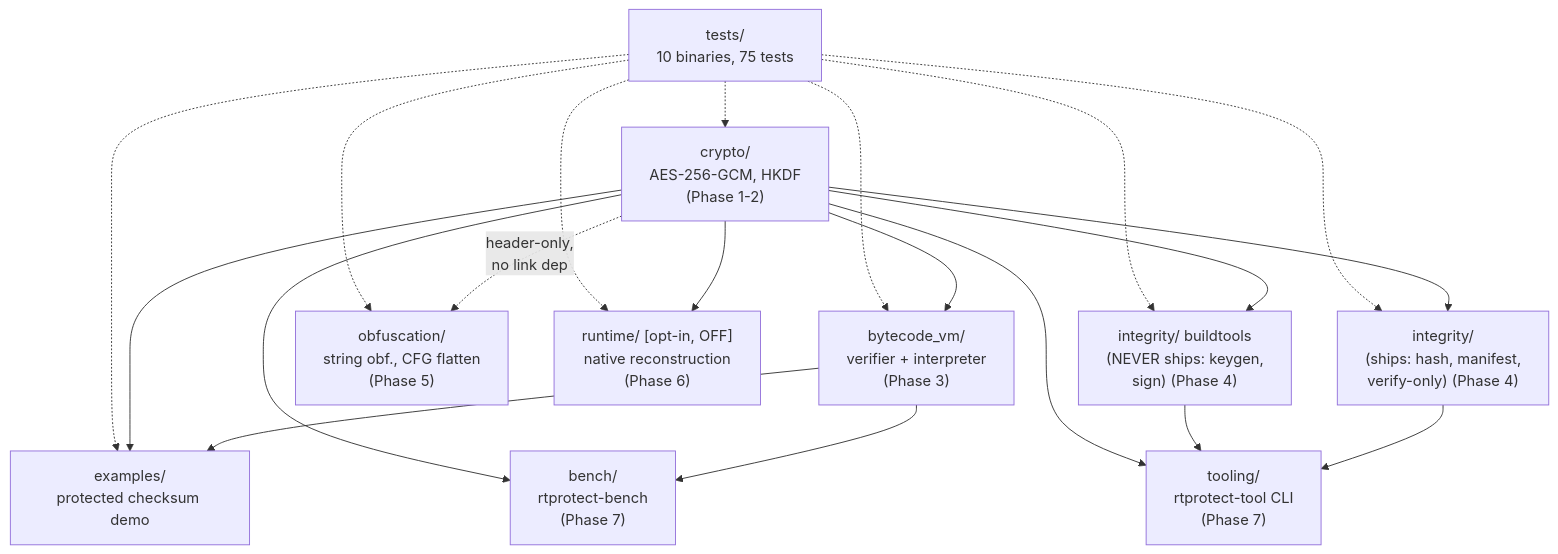
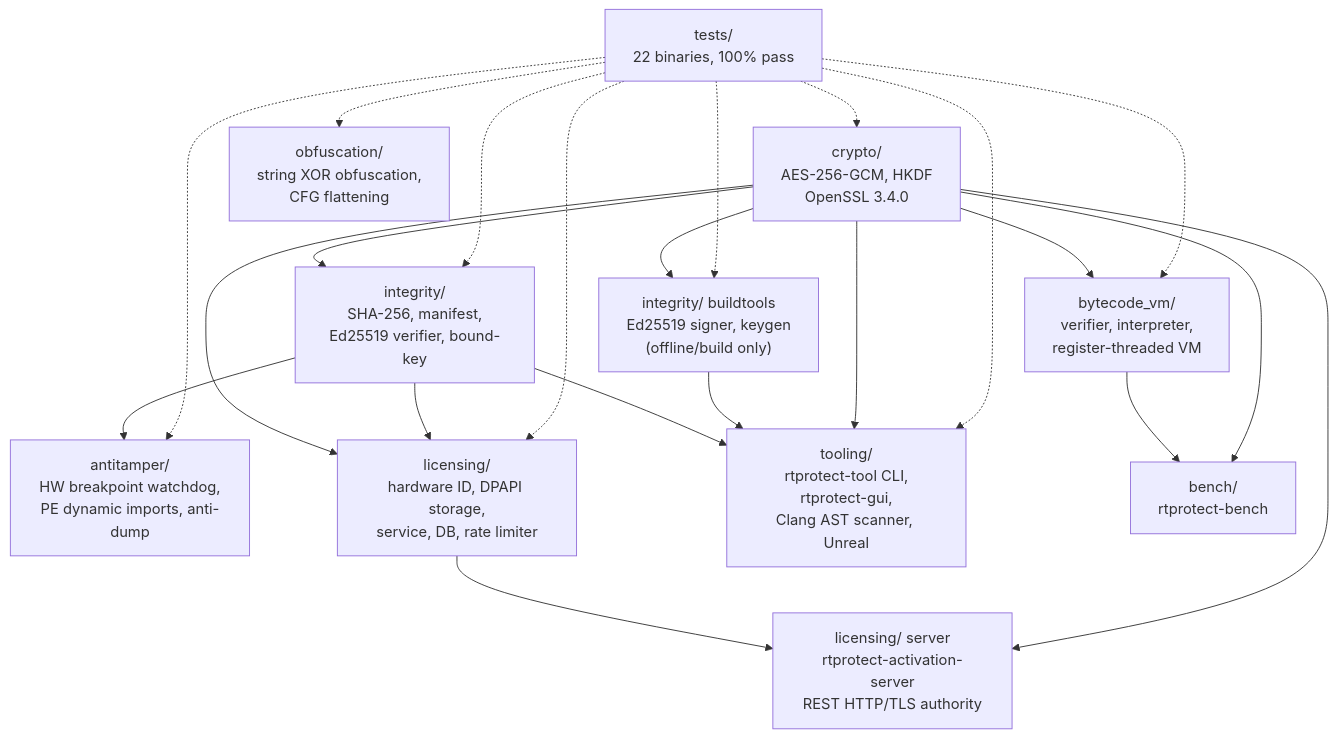
One commit to ArihantSingh007/RT-Protect changed the diagram in docs/ARCHITECTURE.md. Above: the diagram before and after it, drawn with Mermaid. The commit also changed other lines of this file and 2 other files, not shown here.

Commit message:
docs: modernize README, architecture diagram, and Windows benchmarks

````diff
--- a/docs/ARCHITECTURE.md
+++ b/docs/ARCHITECTURE.md
@@ -447,34 +439,37 @@
 ```mermaid
 graph TD
-    crypto["crypto/<br/>AES-256-GCM, HKDF<br/>(Phase 1-2)"]
-    vm["bytecode_vm/<br/>verifier + interpreter<br/>(Phase 3)"]
-    integrity_client["integrity/<br/>(ships: hash, manifest,<br/>verify-only) (Phase 4)"]
-    integrity_build["integrity/ buildtools<br/>(NEVER ships: keygen,<br/>sign) (Phase 4)"]
-    obfuscation["obfuscation/<br/>string obf., CFG flatten<br/>(Phase 5)"]
-    runtime["runtime/ [opt-in, OFF]<br/>native reconstruction<br/>(Phase 6)"]
-    examples["examples/<br/>protected checksum demo"]
-    tooling["tooling/<br/>rtprotect-tool CLI<br/>(Phase 7)"]
-    bench["bench/<br/>rtprotect-bench<br/>(Phase 7)"]
-    tests["tests/<br/>10 binaries, 75 tests"]
+    crypto["crypto/<br/>AES-256-GCM, HKDF<br/>OpenSSL 3.4.0"]
+    vm["bytecode_vm/<br/>verifier, interpreter,<br/>register-threaded VM"]
+    integrity_client["integrity/<br/>SHA-256, manifest,<br/>Ed25519 verifier, bound-key"]
+    integrity_build["integrity/ buildtools<br/>Ed25519 signer, keygen<br/>(offline/build only)"]
+    antitamper["antitamper/<br/>HW breakpoint watchdog,<br/>PE dynamic imports, anti-dump"]
+    licensing["licensing/<br/>hardware ID, DPAPI storage,<br/>service, DB, rate limiter"]
+    obfuscation["obfuscation/<br/>string XOR obfuscation,<br/>CFG flattening"]
+    tooling["tooling/<br/>rtprotect-tool CLI,<br/>rtprotect-gui,<br/>Clang AST scanner, Unreal"]
+    server["licensing/ server<br/>rtprotect-activation-server<br/>REST HTTP/TLS authority"]
+    bench["bench/<br/>rtprotect-bench"]
+    tests["tests/<br/>22 binaries, 100% pass"]
 
     crypto --> vm
     crypto --> integrity_client
     crypto --> integrity_build
-    crypto --> runtime
-    vm --> examples
-    crypto --> examples
+    crypto --> licensing
+    integrity_client --> licensing
+    integrity_client --> antitamper
     integrity_client --> tooling
     integrity_build --> tooling
     crypto --> tooling
+    licensing --> server
+    crypto --> server
     vm --> bench
     crypto --> bench
-    crypto -.->|header-only,<br/>no link dep| obfuscation
 
     tests -.-> crypto
     tests -.-> vm
     tests -.-> integrity_client
     tests -.-> integrity_build
+    tests -.-> antitamper
+    tests -.-> licensing
     tests -.-> obfuscation
-    tests -.-> runtime
-    tests -.-> examples
+    tests -.-> tooling
 ```
````
